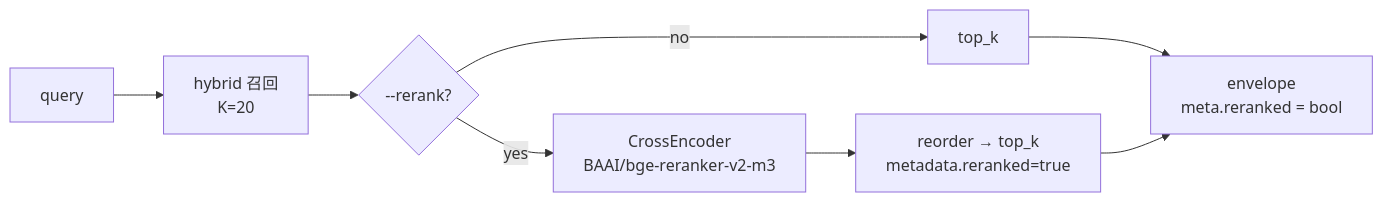
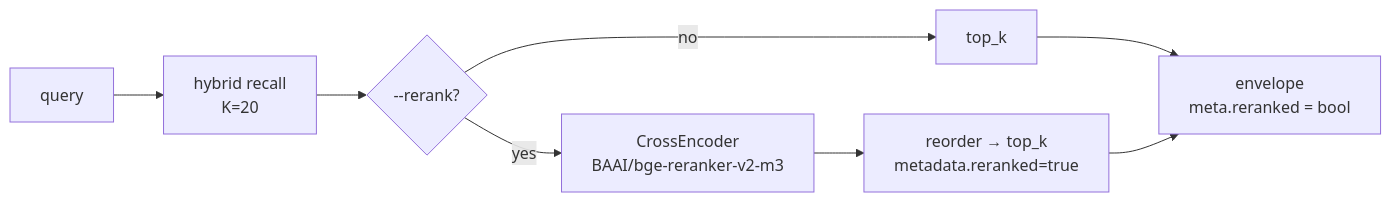
The fourth of 4 diagrams in play/rag/JOURNAL.md (AndyUneducated/alchemy), drawn with Mermaid before and after one commit. The commit also changed other lines of this file and 197 other files, not shown here.

````diff
--- a/play/rag/JOURNAL.md
+++ b/play/rag/JOURNAL.md
@@ -138,9 +137,9 @@
 ```mermaid
 flowchart LR
-    Q[query] --> H[hybrid 召回<br/>K=20]
+    Q[query] --> H[hybrid recall<br/>K=20]
     H --> R{--rerank?}
     R -- yes --> CE[CrossEncoder<br/>BAAI/bge-reranker-v2-m3]
     R -- no --> TOP[top_k]
     CE --> RTOP[reorder → top_k<br/>metadata.reranked=true]
     TOP & RTOP --> ENV[envelope<br/>meta.reranked = bool]
 ```
````
